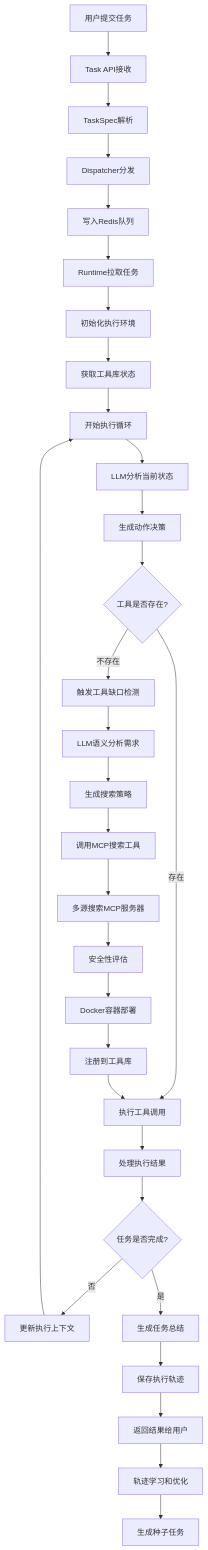
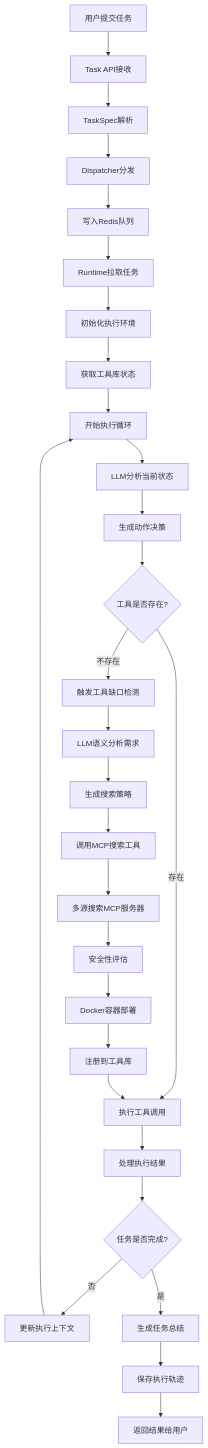
The diagram in MCP任务执行流程详解.md (Drip-Data/agent-data-platform), drawn with Mermaid before and after one commit. The commit also changed other lines of this file and 32 other files, not shown here.

````diff
--- a/MCP任务执行流程详解.md
+++ b/MCP任务执行流程详解.md
@@ -9,38 +28,35 @@
 ```mermaid
 flowchart TD
     A[用户提交任务] --> B[Task API接收]
     B --> C[TaskSpec解析]
     C --> D[Dispatcher分发]
     D --> E[写入Redis队列]
     E --> F[Runtime拉取任务]
     F --> G[初始化执行环境]
     G --> H[获取工具库状态]
     H --> I[开始执行循环]
     
     I --> J[LLM分析当前状态]
     J --> K[生成动作决策]
     K --> L{工具是否存在?}
     
     L -->|存在| M[执行工具调用]
     L -->|不存在| N[触发工具缺口检测]
     
     N --> O[LLM语义分析需求]
     O --> P[生成搜索策略]
     P --> Q[调用MCP搜索工具]
     Q --> R[多源搜索MCP服务器]
     R --> S[安全性评估]
     S --> T[Docker容器部署]
     T --> U[注册到工具库]
     U --> M
     
     M --> V[处理执行结果]
     V --> W{任务是否完成?}
     W -->|否| X[更新执行上下文]
     X --> I
     W -->|是| Y[生成任务总结]
     Y --> Z[保存执行轨迹]
     Z --> AA[返回结果给用户]
-    
-    AA --> BB[轨迹学习和优化]
-    BB --> CC[生成种子任务]
 ```
````
